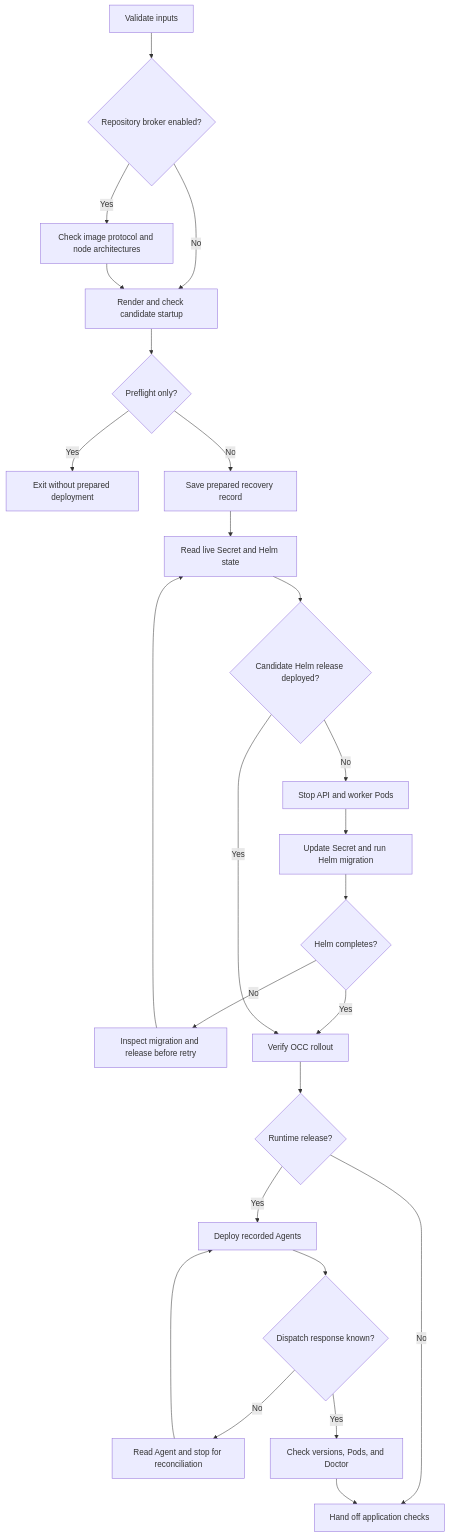
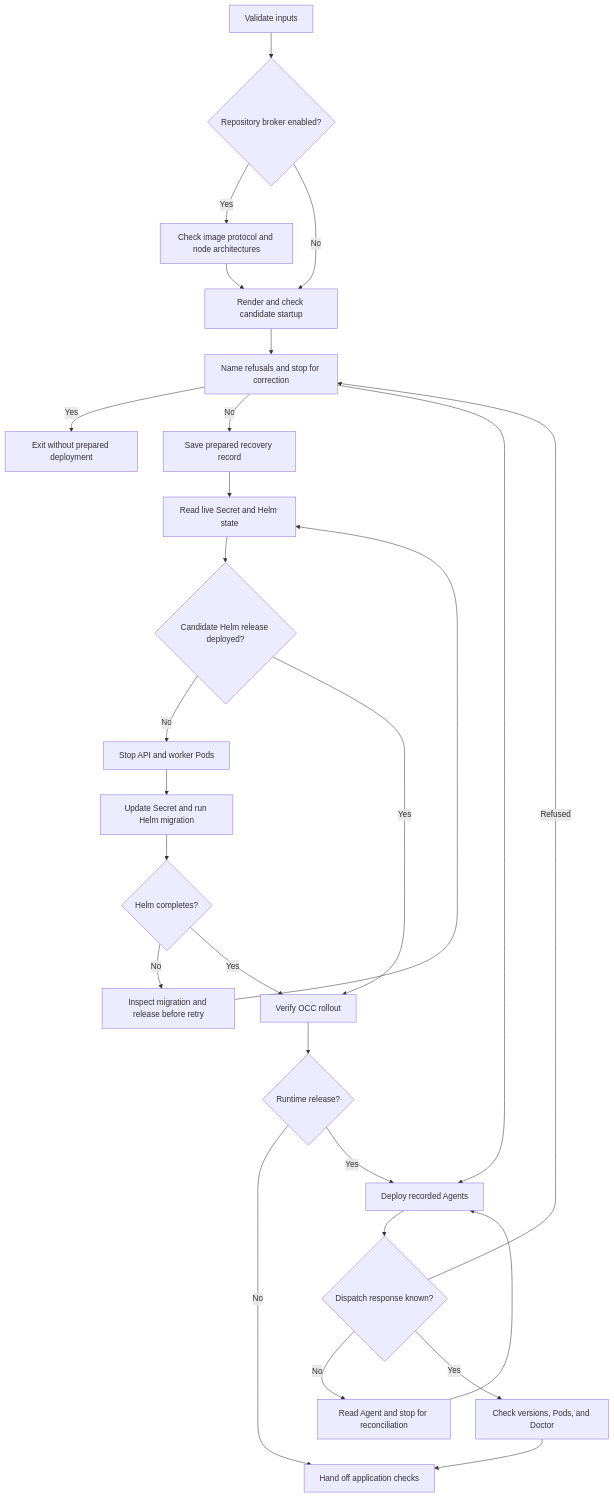
Before and after one commit to openclaw/openclaw-enterprise: the diagram in docs/flows/coordinated-production-upgrade.md, drawn with Mermaid. The commit also changed other lines of this file and 5 other files, not shown here.

First line of the commit message:
fix(upgrade): name refused Agent deploys and keep Doctor from OOM-killing the gateway

````diff
--- a/docs/flows/coordinated-production-upgrade.md
+++ b/docs/flows/coordinated-production-upgrade.md
@@ -31,27 +31,29 @@
 ```mermaid
 graph TD
     A["Validate inputs"] --> Q{"Repository broker enabled?"}
     Q -->|Yes| P["Check image protocol and node architectures"]
     Q -->|No| B["Render and check candidate startup"]
     P --> B
     B --> R{"Preflight only?"}
     R -->|Yes| S["Exit without prepared deployment"]
     R -->|No| T["Save prepared recovery record"]
     T --> C["Read live Secret and Helm state"]
     C --> D{"Candidate Helm release deployed?"}
     D -->|No| E["Stop API and worker Pods"]
     E --> F["Update Secret and run Helm migration"]
     F --> G{"Helm completes?"}
     G -->|No| H["Inspect migration and release before retry"]
     H --> C
     G -->|Yes| I["Verify OCC rollout"]
     D -->|Yes| I
     I --> J{"Runtime release?"}
     J -->|No| K["Hand off application checks"]
     J -->|Yes| L["Deploy recorded Agents"]
     L --> M{"Dispatch response known?"}
     M -->|No| N["Read Agent and stop for reconciliation"]
     N --> L
+    M -->|Refused| R["Name refusals and stop for correction"]
+    R --> L
     M -->|Yes| O["Check versions, Pods, and Doctor"]
     O --> K
 ```
````
